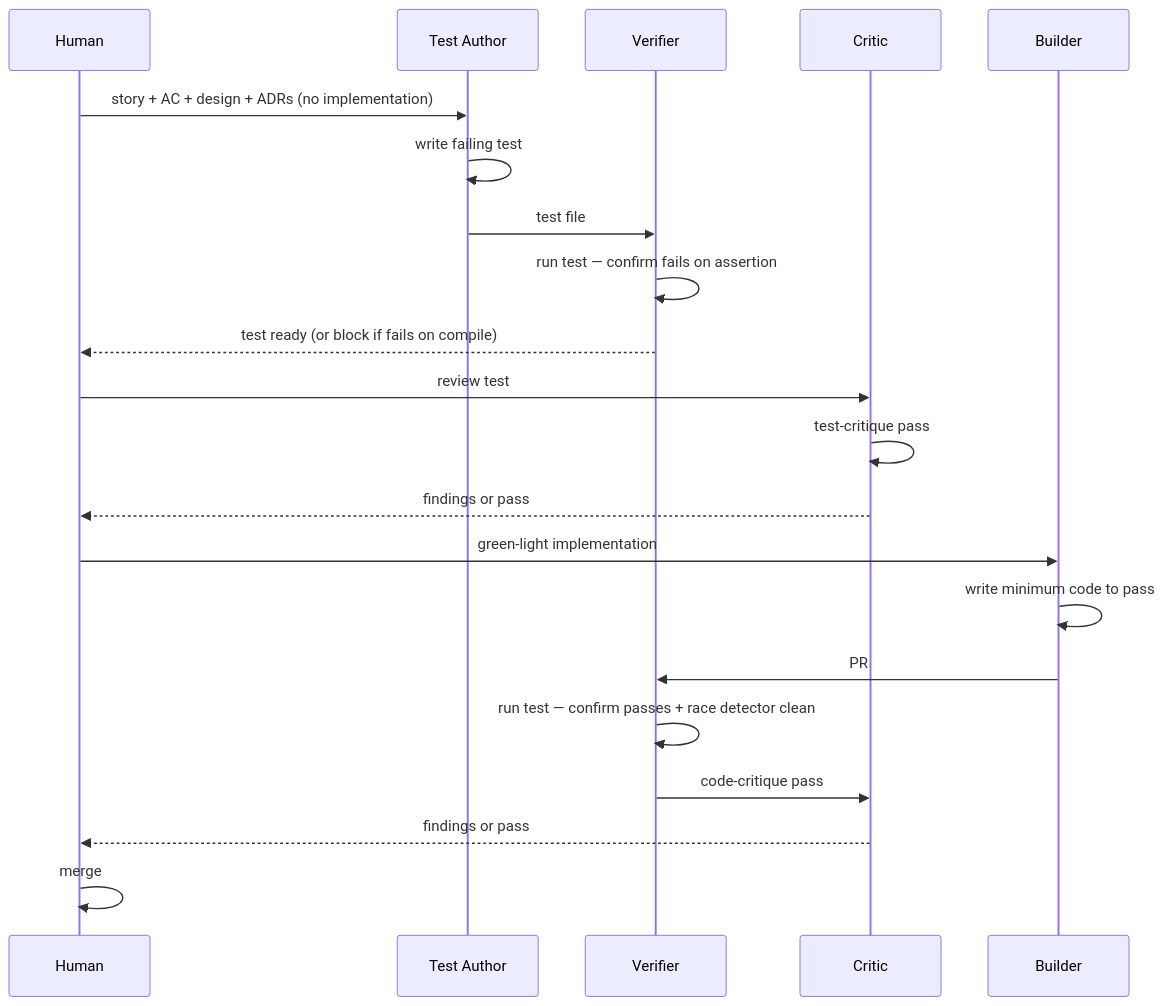
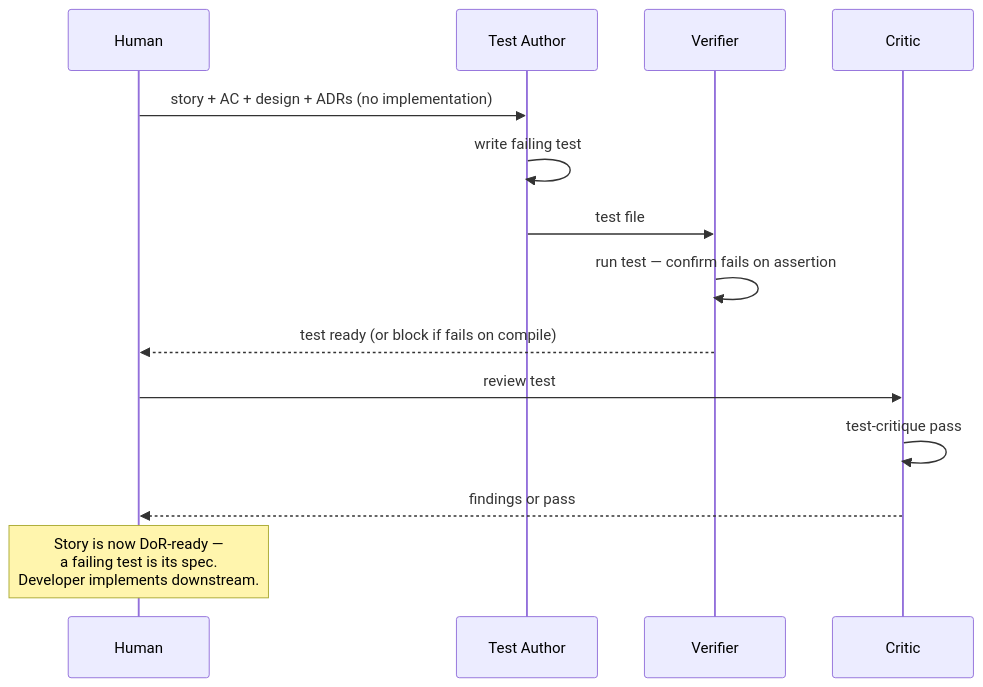
Before and after one commit to nlawstudio/ai-refinement-method: diagram 12 of 17 in METHOD.md, drawn with Mermaid. The commit also changed other lines of this file and 28 other files, not shown here.

````diff
--- a/METHOD.md
+++ b/METHOD.md
@@ -941,24 +999,17 @@
 ```mermaid
 sequenceDiagram
     participant H as Human
     participant TA as Test Author
     participant V as Verifier
     participant C as Critic
-    participant B as Builder
 
     H->>TA: story + AC + design + ADRs (no implementation)
     TA->>TA: write failing test
     TA->>V: test file
     V->>V: run test — confirm fails on assertion
     V-->>H: test ready (or block if fails on compile)
     H->>C: review test
     C->>C: test-critique pass
     C-->>H: findings or pass
-    H->>B: green-light implementation
-    B->>B: write minimum code to pass
-    B->>V: PR
-    V->>V: run test — confirm passes + race detector clean
-    V->>C: code-critique pass
-    C-->>H: findings or pass
-    H->>H: merge
+    Note over H: Story is now DoR-ready —<br/>a failing test is its spec.<br/>Developer implements downstream.
 ```
````
